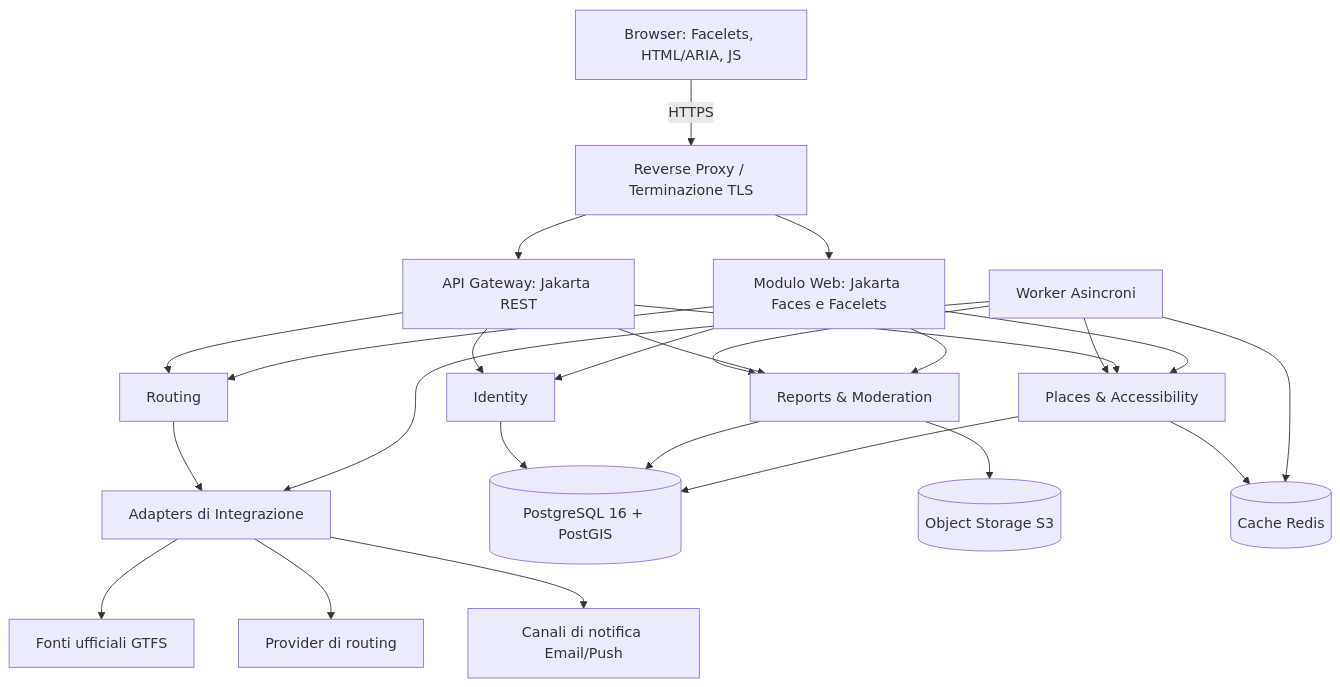
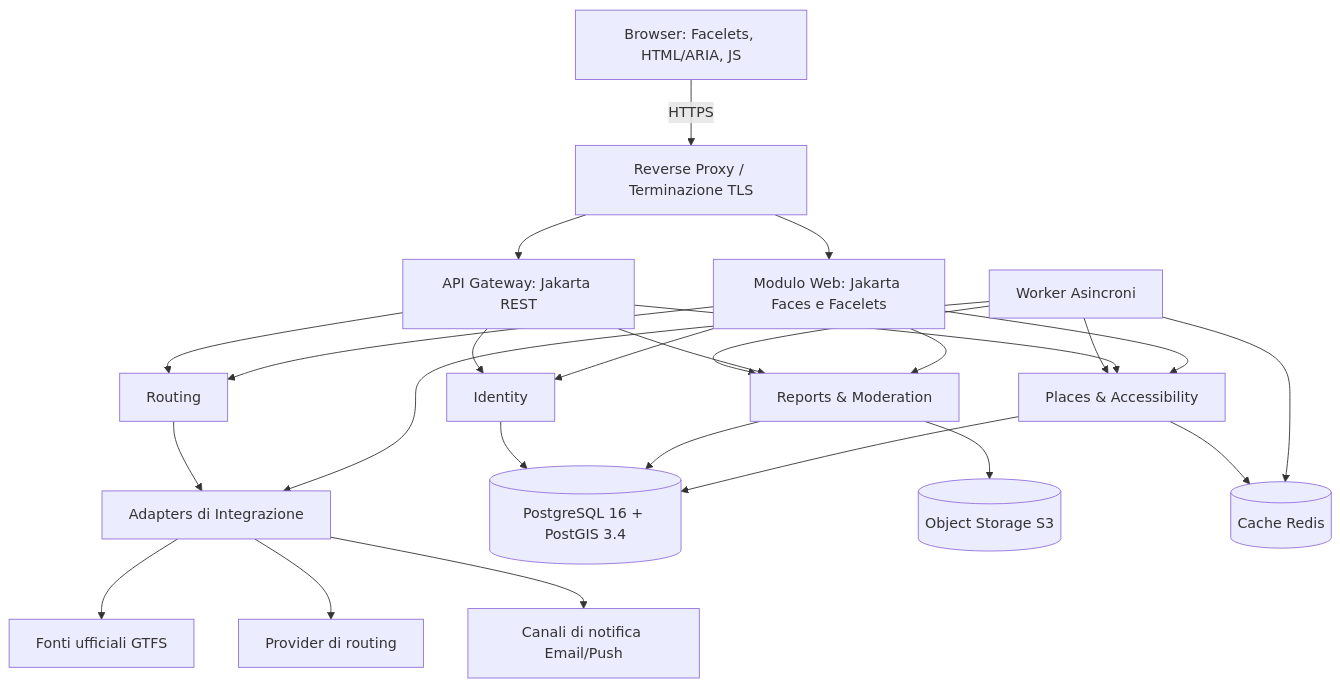
Before and after one commit to kairosci/aegis: the first of 5 diagrams in docs/SDD.md, drawn with Mermaid. The commit also changed other lines of this file, not shown here.

````diff
--- a/docs/SDD.md
+++ b/docs/SDD.md
@@ -116,44 +121,46 @@
 ```mermaid
 flowchart TB
+  accTitle: Diagramma dei moduli di AEGIS
+  accDescr: Il browser raggiunge viste Facelets e API REST tramite ingress. I moduli Places, Routing, Reports e Identity usano database, storage e cache. Worker e adattatori di integrazione collegano fonti GTFS, provider di routing e canali di notifica.
   Browser[Browser: Facelets, HTML/ARIA, JS]
   Ingress[Reverse Proxy / Terminazione TLS]
   Faces[Modulo Web: Jakarta Faces e Facelets]
   Rest[API Gateway: Jakarta REST]
   Places[Places & Accessibility]
   Routing[Routing]
   Reports[Reports & Moderation]
   Identity[Identity]
   Worker[Worker Asincroni]
   Integrations[Adapters di Integrazione]
-  Database[(PostgreSQL 16 + PostGIS)]
+  Database[(PostgreSQL 16 + PostGIS 3.4)]
   Storage[(Object Storage S3)]
   Cache[(Cache Redis)]
   Transit[Fonti ufficiali GTFS]
   RouteProvider[Provider di routing]
   Notify[Canali di notifica Email/Push]
 
   Browser -->|HTTPS| Ingress
   Ingress --> Faces
   Ingress --> Rest
   Faces --> Places
   Faces --> Routing
   Faces --> Reports
   Faces --> Identity
   Rest --> Places
   Rest --> Routing
   Rest --> Reports
   Rest --> Identity
   Worker --> Places
   Worker --> Reports
   Worker --> Integrations
   Worker --> Cache
   Places --> Database
   Places --> Cache
   Reports --> Database
   Reports --> Storage
   Identity --> Database
   Routing --> Integrations
   Integrations --> Transit
   Integrations --> RouteProvider
   Integrations --> Notify
 ```
````
